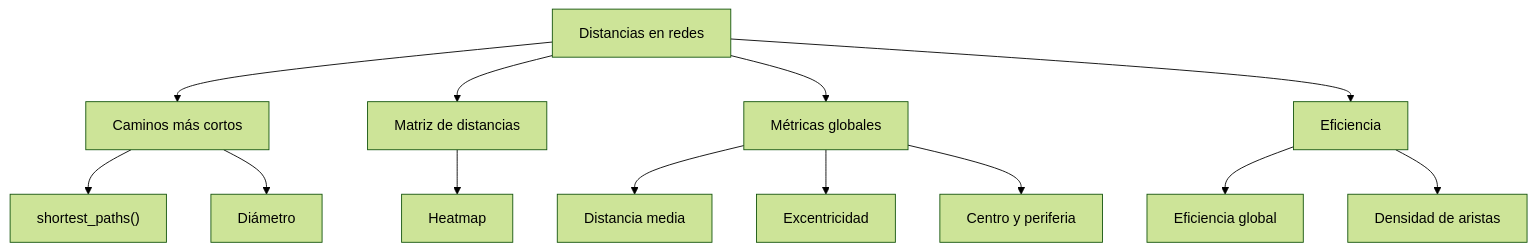
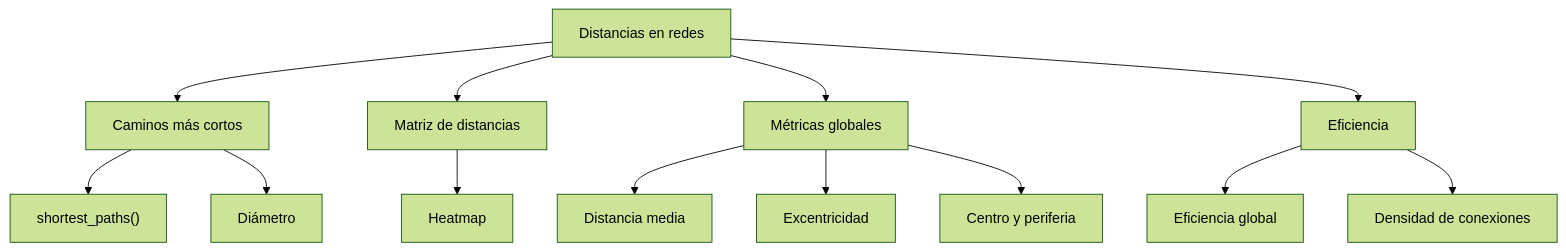
One commit to robertoalvarezm/Redes_GF_2026 changed the first of 2 diagrams in 03-distancias-eficiencia.qmd. Above: the diagram before and after it, drawn with Mermaid (forest theme). The commit also changed other lines of this file and 119 other files, not shown here.

````diff
--- a/03-distancias-eficiencia.qmd
+++ b/03-distancias-eficiencia.qmd
@@ -15,17 +15,17 @@
 ```{mermaid}
 %%| label: fig-mapa-cap3
 %%| fig-cap: "Mapa conceptual del capítulo"
 flowchart TD
     A[Distancias en redes] --> B[Caminos más cortos]
     A --> C[Matriz de distancias]
     A --> D[Métricas globales]
     A --> E[Eficiencia]
     B --> B1["shortest_paths()"]
     B --> B2[Diámetro]
     C --> C1[Heatmap]
     D --> D1[Distancia media]
     D --> D2[Excentricidad]
     D --> D3[Centro y periferia]
     E --> E1[Eficiencia global]
-    E --> E2[Densidad de aristas]
+    E --> E2[Densidad de conexiones]
 ```
````
